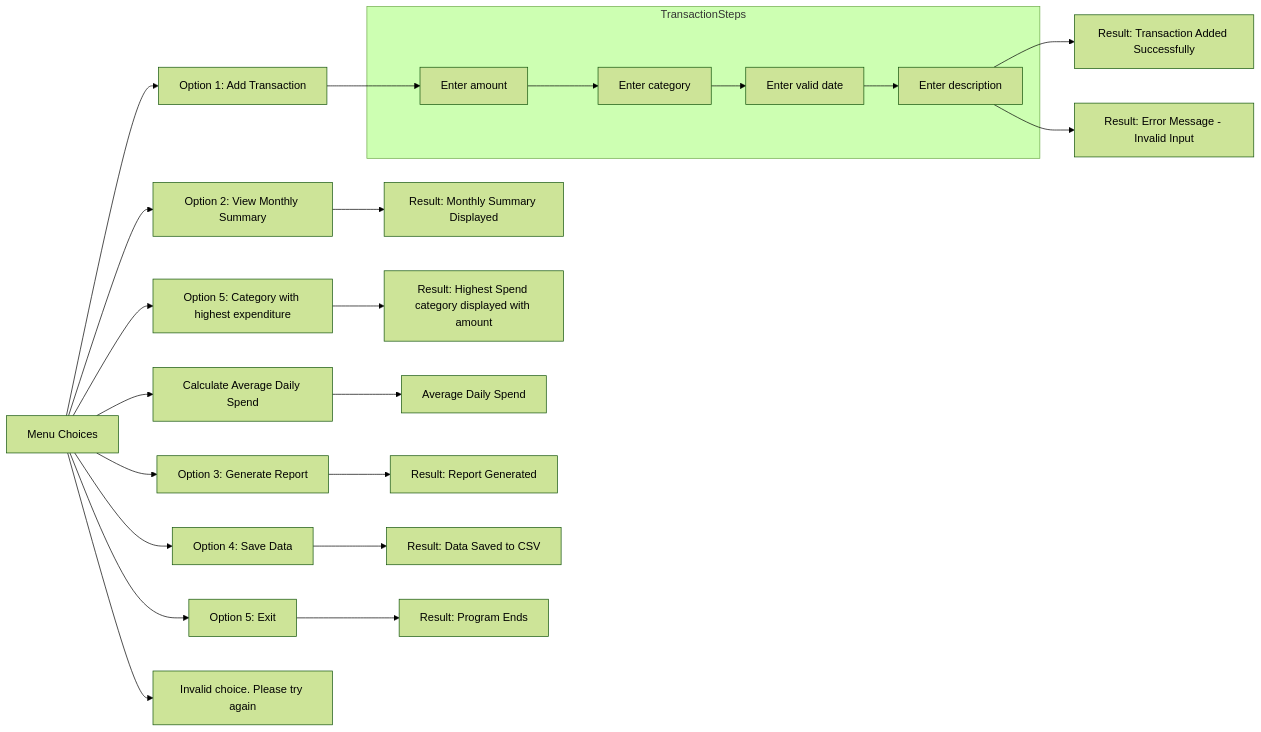
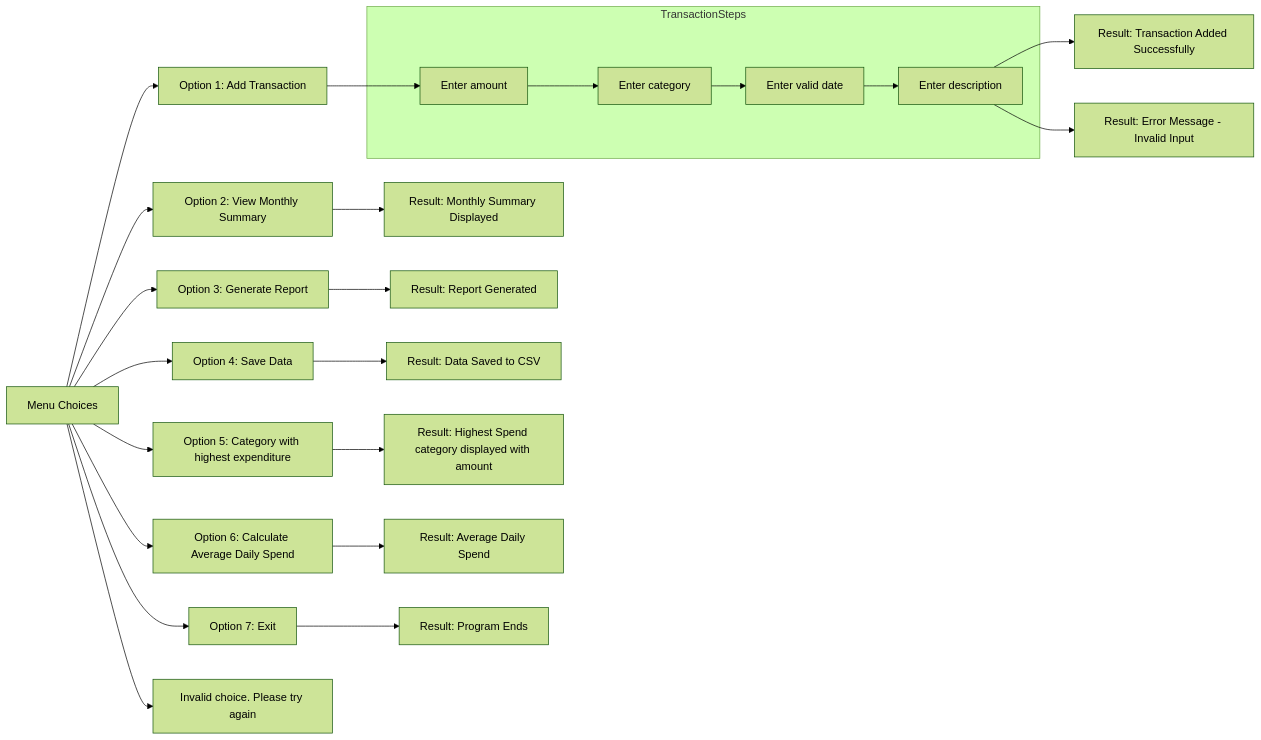
One commit to Kemar-Brown/CS50project changed the first of 3 diagrams in README.md. Above: the diagram before and after it, drawn with Mermaid (forest theme). The commit also changed other lines of this file, not shown here.

Commit message:
rearranged choices and flowchart

````diff
--- a/README.md
+++ b/README.md
@@ -222,35 +225,35 @@
 ```mermaid
 flowchart LR
     A[Menu Choices] --> B[Option 1: Add Transaction]
     A --> C[Option 2: View Monthly Summary]
-    A --> D[Option 3: Generate Report]
-    A --> E[Option 4: Save Data]
-    A --> C1[Option 5: Category with highest expenditure]
-    A --> C2[Calculate Average Daily Spend]
+    A --> C1[Option 3: Generate Report]
+    A --> C2[Option 4: Save Data]
+    A --> D[Option 5: Category with highest expenditure]
+    A --> E[Option 6: Calculate Average Daily Spend ]
 
-    A --> F[Option 5: Exit]
+    A --> F[Option 7: Exit]
     
     %% Results of each option
     B --> L
     C --> H[Result: Monthly Summary Displayed]
-    C1 --> C3[Result: Highest Spend category displayed with amount]
-    C2 --> C4[Average Daily Spend]
-    D --> I[Result: Report Generated]
-    E --> J[Result: Data Saved to CSV]
+    C1 --> C3[Result: Report Generated]
+    C2 --> C4[Result: Data Saved to CSV]
+    D --> I[Result: Highest Spend category displayed with amount]
+    E --> J[Result: Average Daily Spend]
     F --> K[Result: Program Ends]
 
     %% Transaction steps expanded
     subgraph TransactionSteps
         L[Enter amount] --> M[Enter category]
         M --> N[Enter valid date]
         N --> O[Enter description]
     end
 
     %% Two possible outcomes after transaction steps
     O --> G[Result: Transaction Added Successfully]
     O --> G2[Result: Error Message - Invalid Input]
 
     %% Invalid choice branch
     A --> P[Invalid choice. Please try again]
 
 ```
````
